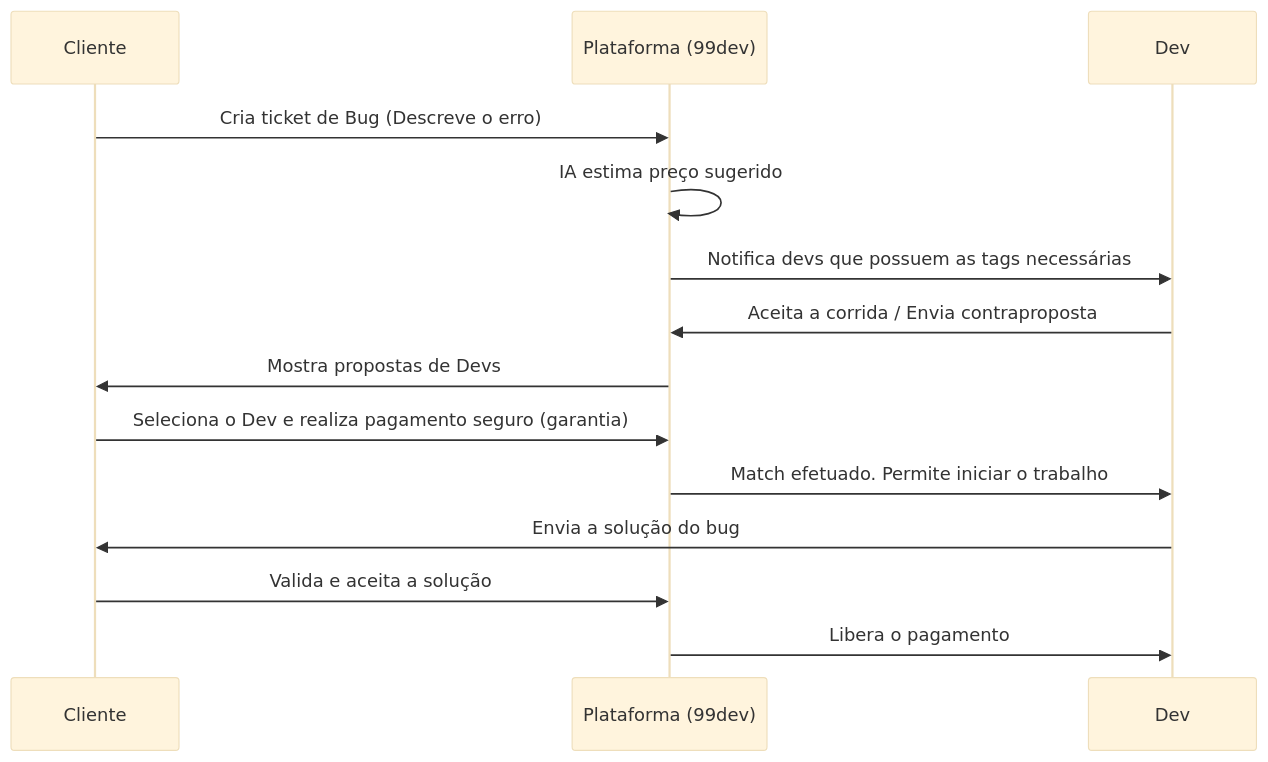
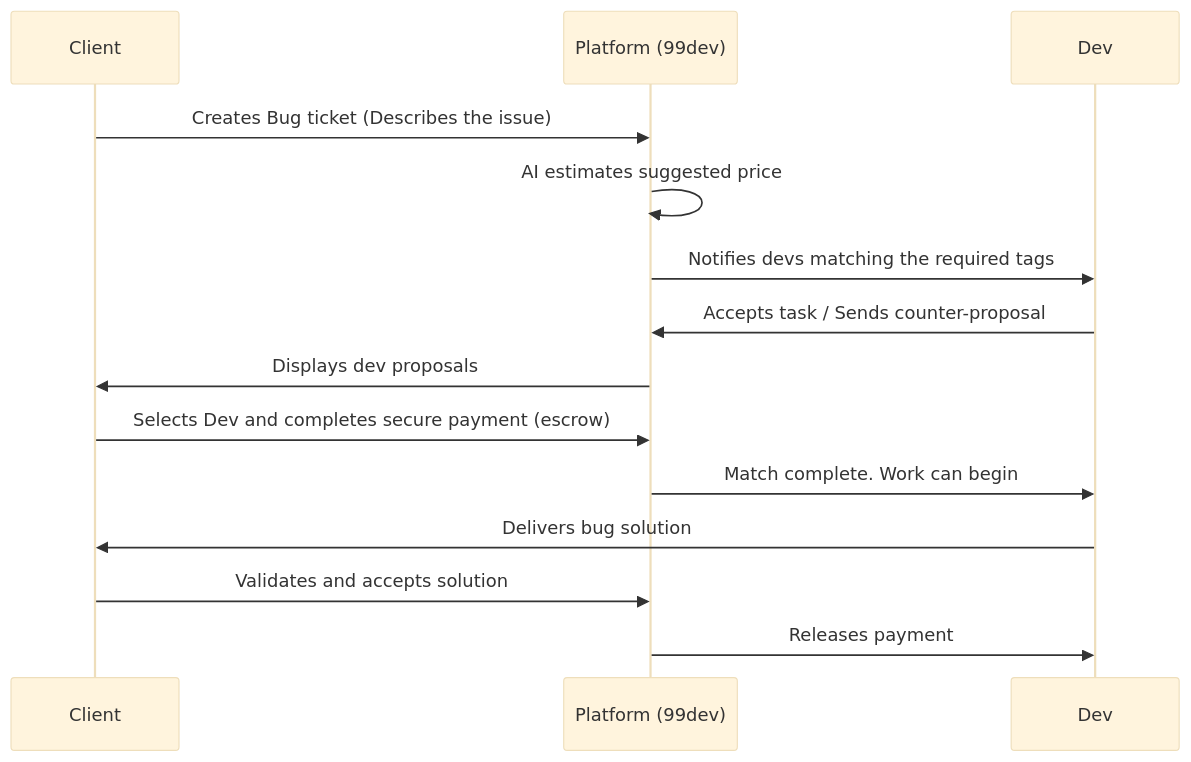
Before and after one commit to Otavio-Emanoel/99dev: the diagram in README.md, drawn with Mermaid (base theme). The commit also changed other lines of this file, not shown here.

````diff
--- a/README.md
+++ b/README.md
@@ -146,17 +146,17 @@
 ```mermaid
 sequenceDiagram
-    participant Cliente
-    participant Plataforma (99dev)
+    participant Client
+    participant Platform (99dev)
     participant Dev
     
-    Cliente->>Plataforma (99dev): Cria ticket de Bug (Descreve o erro)
-    Plataforma (99dev)->>Plataforma (99dev): IA estima preço sugerido
-    Plataforma (99dev)->>Dev: Notifica devs que possuem as tags necessárias
-    Dev->>Plataforma (99dev): Aceita a corrida / Envia contraproposta
-    Plataforma (99dev)->>Cliente: Mostra propostas de Devs
-    Cliente->>Plataforma (99dev): Seleciona o Dev e realiza pagamento seguro (garantia)
-    Plataforma (99dev)->>Dev: Match efetuado. Permite iniciar o trabalho
-    Dev->>Cliente: Envia a solução do bug
-    Cliente->>Plataforma (99dev): Valida e aceita a solução
-    Plataforma (99dev)->>Dev: Libera o pagamento
+    Client->>Platform (99dev): Creates Bug ticket (Describes the issue)
+    Platform (99dev)->>Platform (99dev): AI estimates suggested price
+    Platform (99dev)->>Dev: Notifies devs matching the required tags
+    Dev->>Platform (99dev): Accepts task / Sends counter-proposal
+    Platform (99dev)->>Client: Displays dev proposals
+    Client->>Platform (99dev): Selects Dev and completes secure payment (escrow)
+    Platform (99dev)->>Dev: Match complete. Work can begin
+    Dev->>Client: Delivers bug solution
+    Client->>Platform (99dev): Validates and accepts solution
+    Platform (99dev)->>Dev: Releases payment
 ```
````
